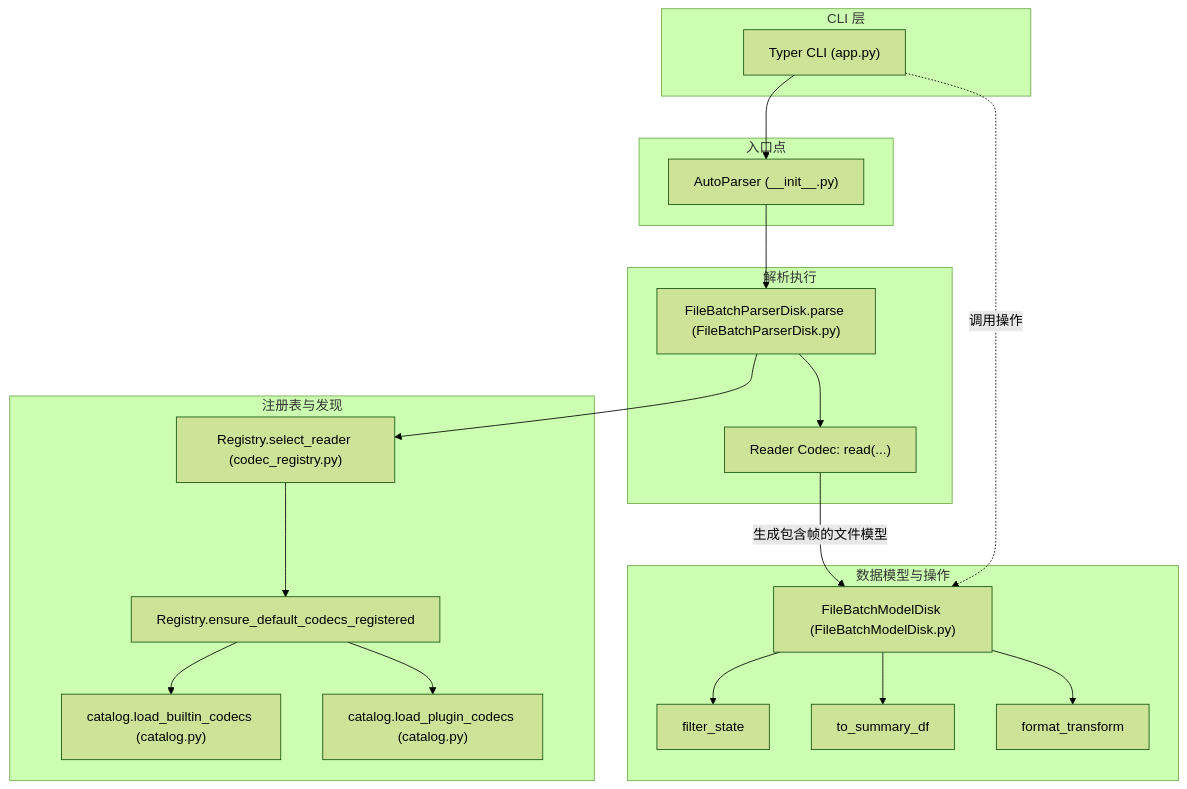
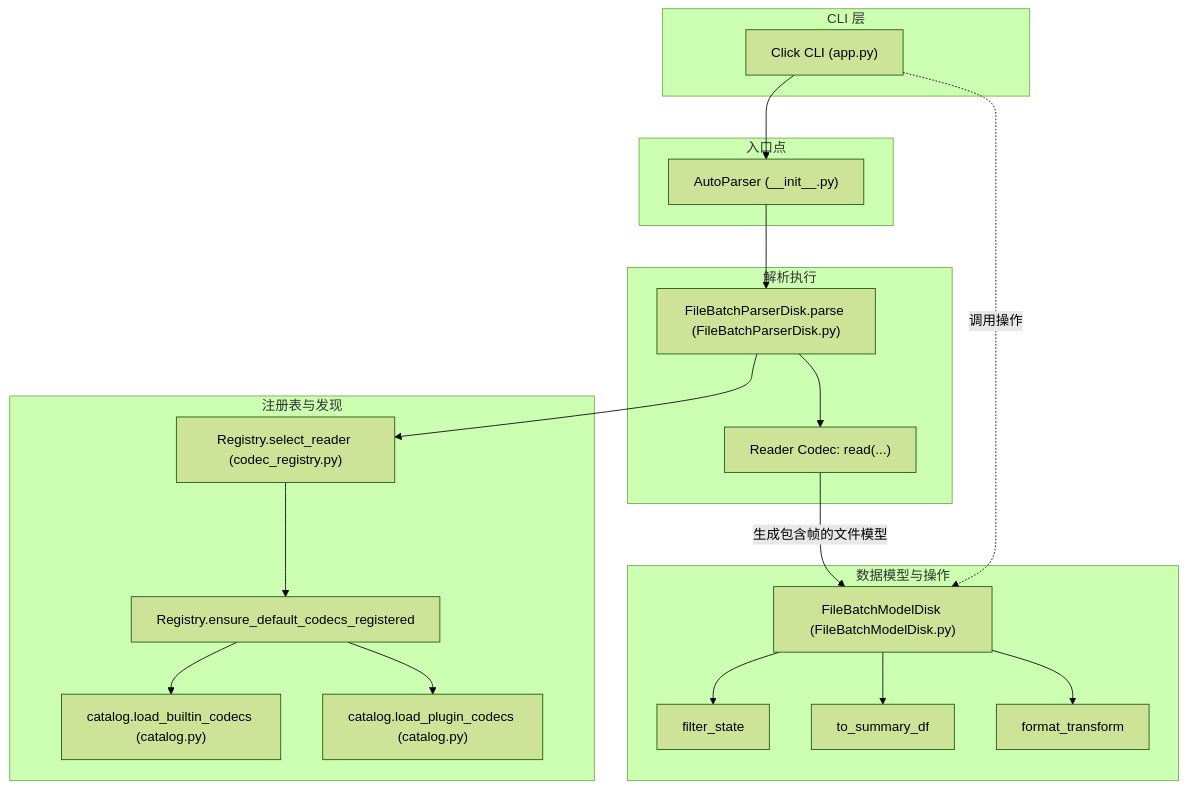
Before and after one commit to gentle1999/MolOP: the diagram in docs/zh/concepts.md, drawn with Mermaid (forest theme). The commit also changed other lines of this file and 36 other files, not shown here.

````diff
--- a/docs/zh/concepts.md
+++ b/docs/zh/concepts.md
@@ -42,42 +45,42 @@
 ```mermaid
 graph TD
     subgraph CLI [CLI 层]
-        MolOPCLI["Typer CLI (app.py)"]
+        MolOPCLI["Click CLI (app.py)"]
     end
 
     subgraph Entry [入口点]
         AutoParser["AutoParser (__init__.py)"]
     end
 
     subgraph Registry_Logic [注册表与发现]
         R_select["Registry.select_reader (codec_registry.py)"]
         R_ensure["Registry.ensure_default_codecs_registered"]
         C_builtin["catalog.load_builtin_codecs (catalog.py)"]
         C_plugin["catalog.load_plugin_codecs (catalog.py)"]
     end
 
     subgraph Parsing [解析执行]
         FBPD_parse["FileBatchParserDisk.parse (FileBatchParserDisk.py)"]
         Reader["Reader Codec: read(...)"]
     end
 
     subgraph Model [数据模型与操作]
         FBMD["FileBatchModelDisk (FileBatchModelDisk.py)"]
         Op_Filter["filter_state"]
         Op_Summary["to_summary_df"]
         Op_Transform["format_transform"]
     end
 
     MolOPCLI --> AutoParser
     AutoParser --> FBPD_parse
     FBPD_parse --> R_select
     R_select --> R_ensure
     R_ensure --> C_builtin
     R_ensure --> C_plugin
     FBPD_parse --> Reader
     Reader -- "生成包含帧的文件模型" --> FBMD
     FBMD --> Op_Filter
     FBMD --> Op_Summary
     FBMD --> Op_Transform
     MolOPCLI -. "调用操作" .-> FBMD
 ```
````
